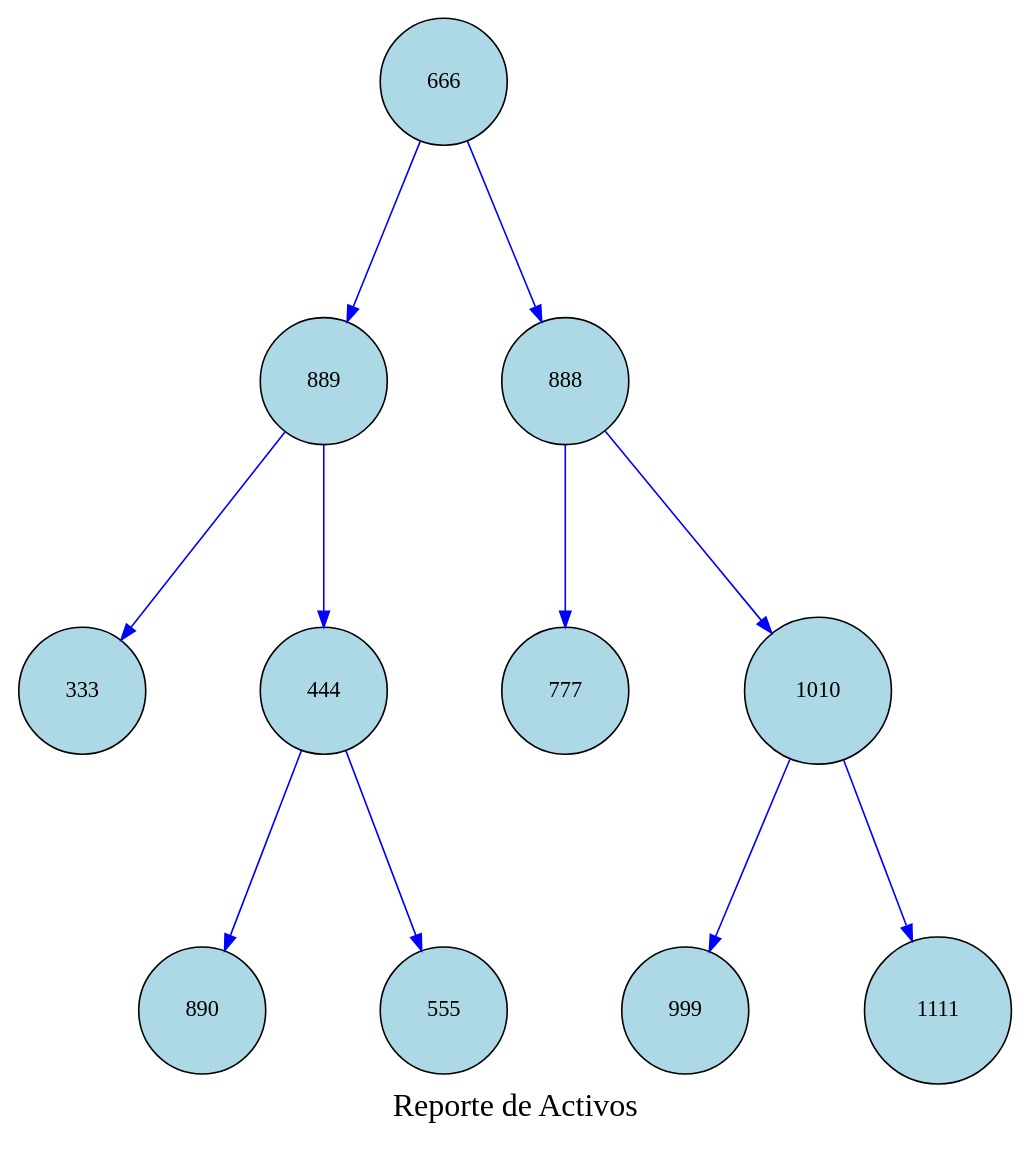
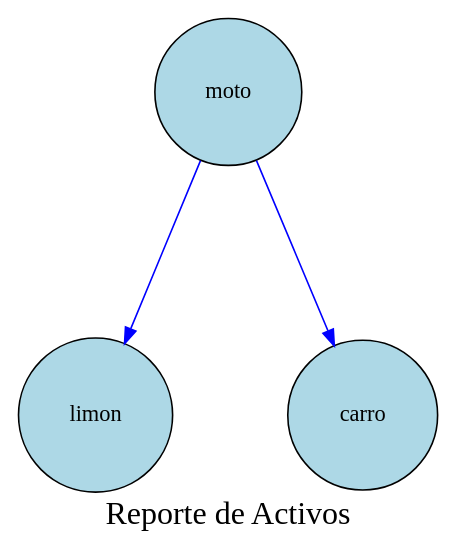
One commit to Ennero/EDD_Proyecto1_Vacas2_202302220 changed the diagram in Proyecto1/cmake-build-debug/reporteArbolAVL.dot. Above: the diagram before and after it, drawn with Graphviz. The commit also changed 34 other files, not shown here.

```diff
--- a/Proyecto1/cmake-build-debug/reporteArbolAVL.dot
+++ b/Proyecto1/cmake-build-debug/reporteArbolAVL.dot
@@ -1,26 +1,10 @@
 digraph AVLTree {
     node [shape=circle,style=filled, fillcolor=lightblue, margin=0.2];
 edge [style=solid, color=blue];
  graph [ranksep=1.5, nodesep=1];graph [label="Reporte de Activos", fontsize=20, fontcolor=black];
-    "666" [label="666"];
-    "666" -> "889";
-    "889" [label="889"];
-    "889" -> "333";
-    "333" [label="333"];
-    "889" -> "444";
-    "444" [label="444"];
-    "444" -> "890";
-    "890" [label="890"];
-    "444" -> "555";
-    "555" [label="555"];
-    "666" -> "888";
-    "888" [label="888"];
-    "888" -> "777";
-    "777" [label="777"];
-    "888" -> "1010";
-    "1010" [label="1010"];
-    "1010" -> "999";
-    "999" [label="999"];
-    "1010" -> "1111";
-    "1111" [label="1111"];
+    "snu75yv4n43e9kx" [label="moto"];
+    "snu75yv4n43e9kx" -> "6183i553i0mig62";
+    "6183i553i0mig62" [label="limon"];
+    "snu75yv4n43e9kx" -> "x6ro67rdxflc58q";
+    "x6ro67rdxflc58q" [label="carro"];
 }
```
